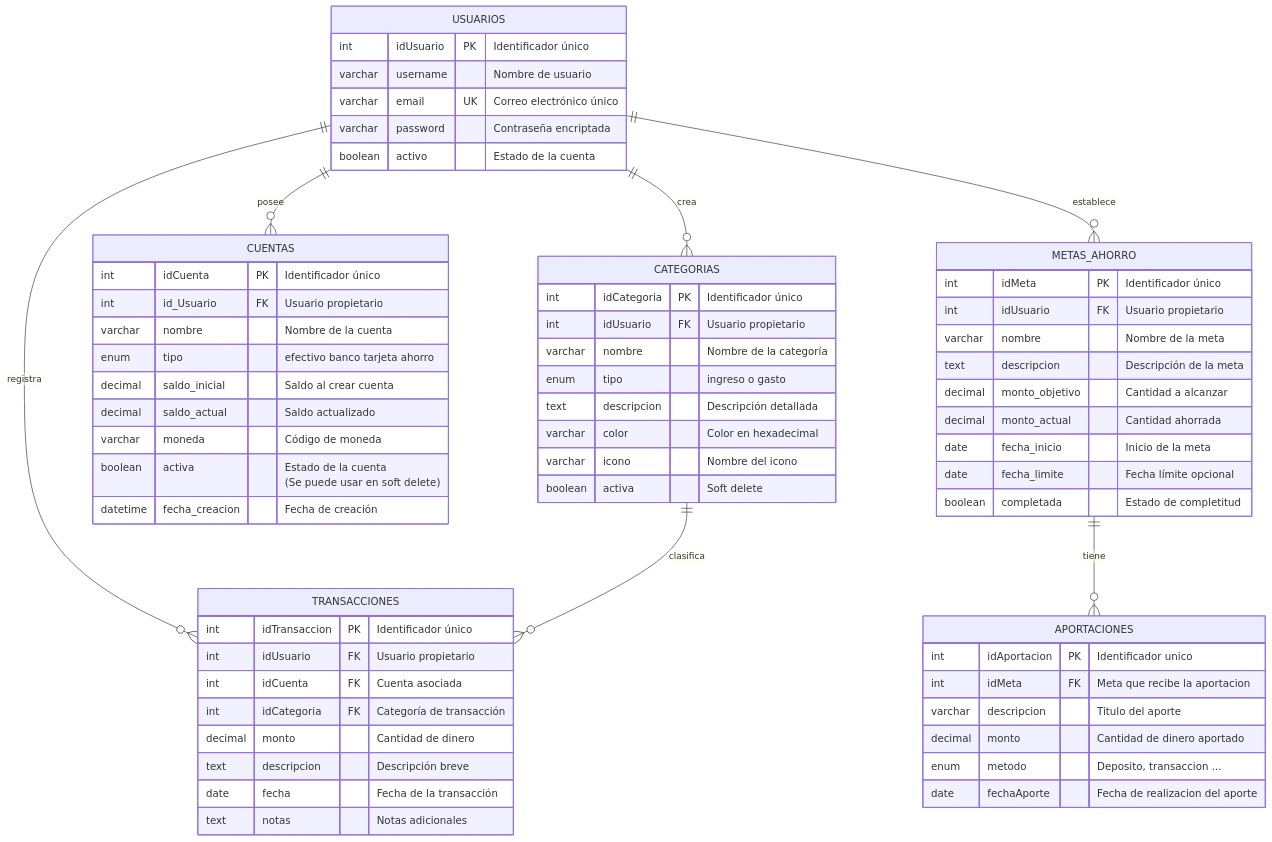
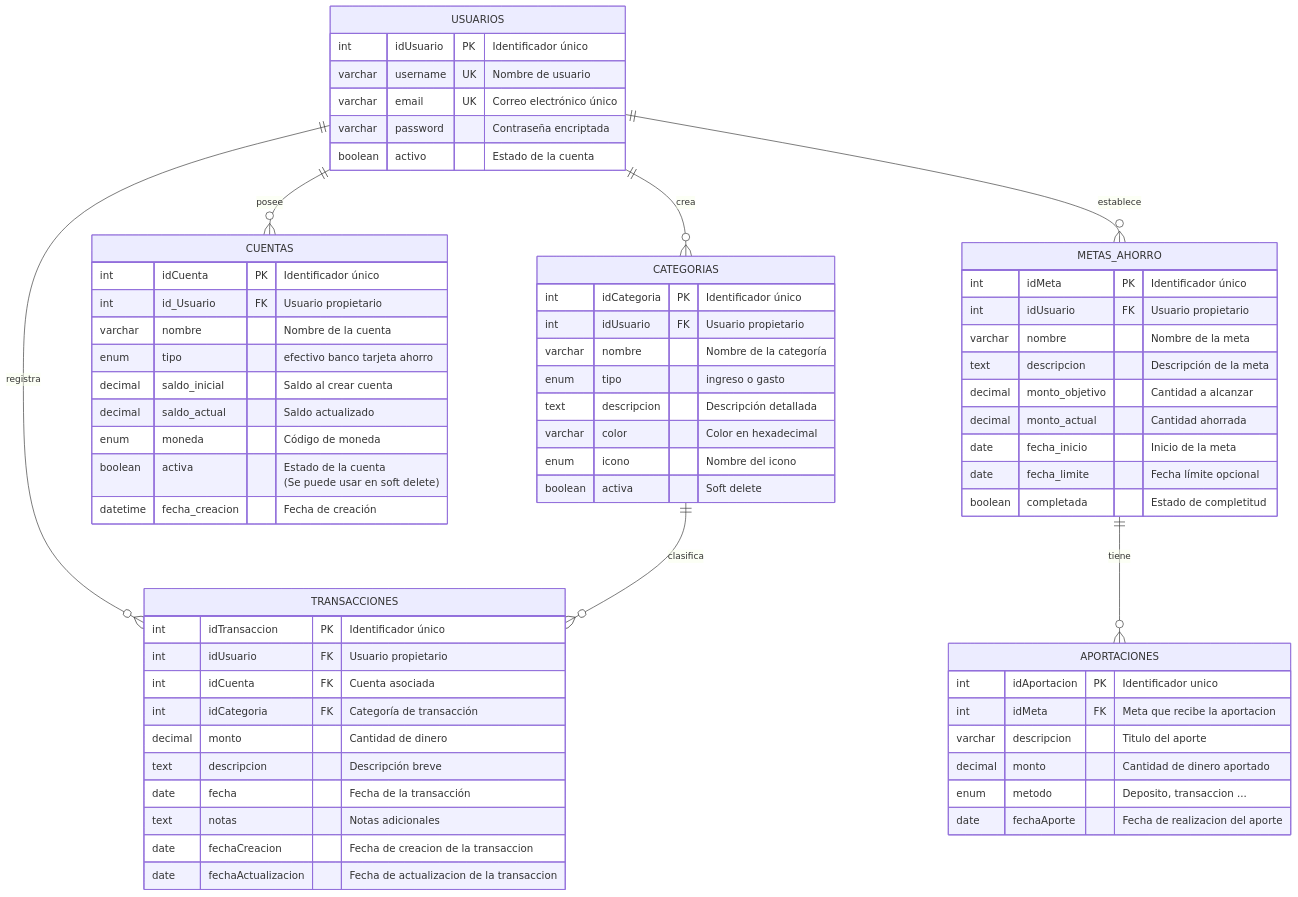
The diagram in Data Bases/ErGestor.js.mermaid (zenith16f/SchoolProjects), drawn with Mermaid before and after one commit.

Commit message:
Adding somethings

```diff
--- a/Data Bases/ErGestor.js.mermaid
+++ b/Data Bases/ErGestor.js.mermaid
@@ -1,75 +1,77 @@
 erDiagram
     USUARIOS ||--o{ CATEGORIAS : "crea"
     USUARIOS ||--o{ CUENTAS : "posee"
     USUARIOS ||--o{ TRANSACCIONES : "registra"
     USUARIOS ||--o{ METAS_AHORRO : "establece"
 
     CATEGORIAS ||--o{ TRANSACCIONES : "clasifica"
 
     METAS_AHORRO ||--o{ APORTACIONES :"tiene"
 
     
     USUARIOS {
         int idUsuario PK "Identificador único"
-        varchar username "Nombre de usuario"
+        varchar username UK "Nombre de usuario"
         varchar email UK "Correo electrónico único"
         varchar password "Contraseña encriptada"
         boolean activo "Estado de la cuenta"
     }
     
     CATEGORIAS {
         int idCategoria PK "Identificador único"
         int idUsuario FK "Usuario propietario"
         varchar nombre "Nombre de la categoría"
         enum tipo "ingreso o gasto"
         text descripcion "Descripción detallada"
         varchar color "Color en hexadecimal"
-        varchar icono "Nombre del icono"
+        enum icono "Nombre del icono"
         boolean activa "Soft delete"
     }
     
     CUENTAS {
         int idCuenta PK "Identificador único"
         int id_Usuario FK "Usuario propietario"
         varchar nombre "Nombre de la cuenta"
         enum tipo "efectivo banco tarjeta ahorro"
         decimal saldo_inicial "Saldo al crear cuenta"
         decimal saldo_actual "Saldo actualizado"
-        varchar moneda "Código de moneda"
+        enum moneda "Código de moneda"
         boolean activa "Estado de la cuenta 
         (Se puede usar en soft delete)"
         datetime fecha_creacion "Fecha de creación"
     }
     
     TRANSACCIONES {
         int idTransaccion PK "Identificador único"
         int idUsuario FK "Usuario propietario"
         int idCuenta FK "Cuenta asociada"
         int idCategoria FK "Categoría de transacción"
         decimal monto "Cantidad de dinero"
         text descripcion "Descripción breve"
         date fecha "Fecha de la transacción"
         text notas "Notas adicionales"
+        date fechaCreacion "Fecha de creacion de la transaccion"
+        date fechaActualizacion "Fecha de actualizacion de la transaccion"  
     }
 
     
     METAS_AHORRO {
         int idMeta PK "Identificador único"
         int idUsuario FK "Usuario propietario"
         varchar nombre "Nombre de la meta"
         text descripcion "Descripción de la meta"
         decimal monto_objetivo "Cantidad a alcanzar"
         decimal monto_actual "Cantidad ahorrada"
         date fecha_inicio "Inicio de la meta"
         date fecha_limite "Fecha límite opcional"
         boolean completada "Estado de completitud"
     }
 
     APORTACIONES{
         int idAportacion PK "Identificador unico"
         int idMeta FK "Meta que recibe la aportacion"
         varchar descripcion "Titulo del aporte"
         decimal monto "Cantidad de dinero aportado"
         enum metodo "Deposito, transaccion ..."
         date fechaAporte "Fecha de realizacion del aporte"
     }
```
